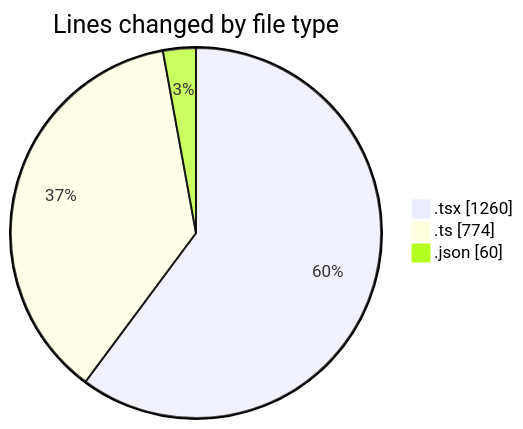
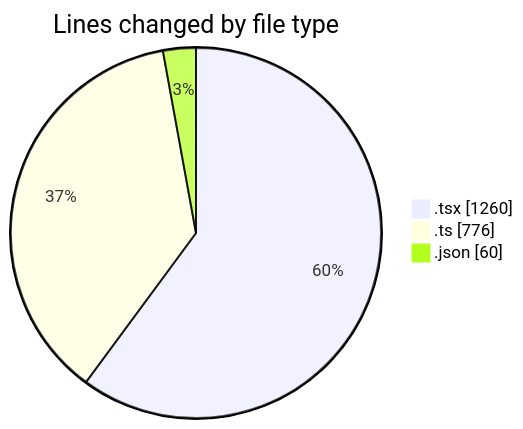
One commit to nxtqubesakshisongat/code-tracking changed the first of 2 diagrams in 2026-04-20/airfeed-analytics-dashboard/README.md. Above: the diagram before and after it, drawn with Mermaid. The commit also changed other lines of this file and 1 other file, not shown here.

````diff
--- a/2026-04-20/airfeed-analytics-dashboard/README.md
+++ b/2026-04-20/airfeed-analytics-dashboard/README.md
@@ -30,7 +30,7 @@
 ```mermaid
 pie showData
 title Lines changed by file type
 ".tsx" : 1260
-".ts" : 774
+".ts" : 776
 ".json" : 60
 ```
````
